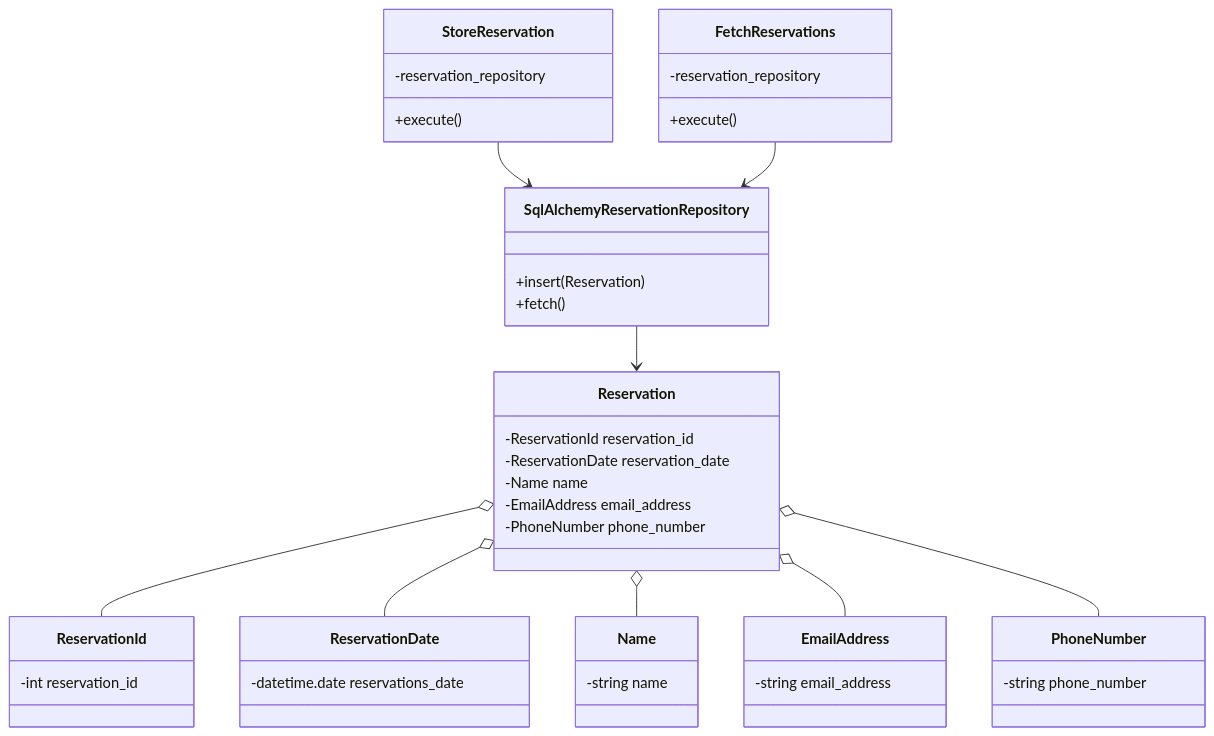
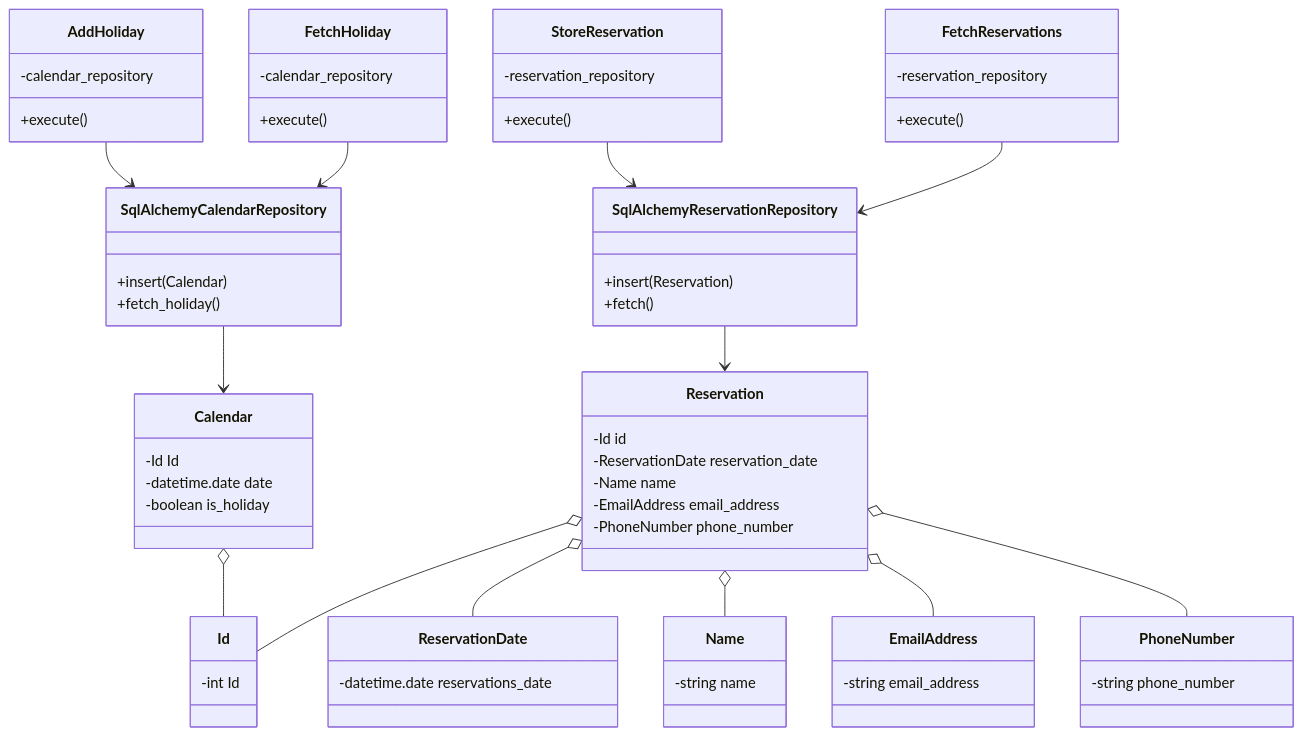
One commit to nakajima97/fastapi-react-reservation-form-object-oriented changed the diagram in documents/api-class-diagram.md. Above: the diagram before and after it, drawn with Mermaid.

Commit message:
休日追加と取得のクラスをクラス図に追加 (#18)
* #17 休日追加と取得のクラスをクラス図に追加

* #17 CalendarIdクラスが図から抜けていたので追加

* #17 idはentity専用に作成する必要性なさそうなので共通で利用するようにした

````diff
--- a/documents/api-class-diagram.md
+++ b/documents/api-class-diagram.md
@@ -1,48 +1,73 @@
 ```mermaid
 classDiagram
     StoreReservation --> SqlAlchemyReservationRepository
     class StoreReservation{
       -reservation_repository
       +execute()
     }
 
     FetchReservations --> SqlAlchemyReservationRepository
     class FetchReservations {
       -reservation_repository
       +execute()
     }
 
     SqlAlchemyReservationRepository --> Reservation
     class SqlAlchemyReservationRepository{
       +insert(Reservation)
       +fetch()
     }
 
-    Reservation o-- ReservationId
+    Reservation o-- Id
     Reservation o-- ReservationDate
     Reservation o-- Name
     Reservation o-- EmailAddress
     Reservation o-- PhoneNumber
     class Reservation{
-      -ReservationId reservation_id
+      -Id id
       -ReservationDate reservation_date
       -Name name
       -EmailAddress email_address
       -PhoneNumber phone_number
-    }
-    class ReservationId{
-      -int reservation_id
     }
     class ReservationDate{
       -datetime.date reservations_date
     }
     class Name{
       -string name
     }
     class EmailAddress{
       -string email_address
     }
     class PhoneNumber{
       -string phone_number
     }
+
+    AddHoliday --> SqlAlchemyCalendarRepository
+    class AddHoliday{
+      -calendar_repository
+      +execute()
+    }
+
+    FetchHoliday --> SqlAlchemyCalendarRepository
+    class FetchHoliday{
+      -calendar_repository
+      +execute()
+    }
+
+    SqlAlchemyCalendarRepository --> Calendar
+    class SqlAlchemyCalendarRepository{
+      +insert(Calendar)
+      +fetch_holiday()
+    }
+
+    Calendar o-- Id
+    class Calendar{
+      -Id Id
+      -datetime.date date
+      -boolean is_holiday
+    }
+    class Id{
+      -int Id
+    }
 ```
````
